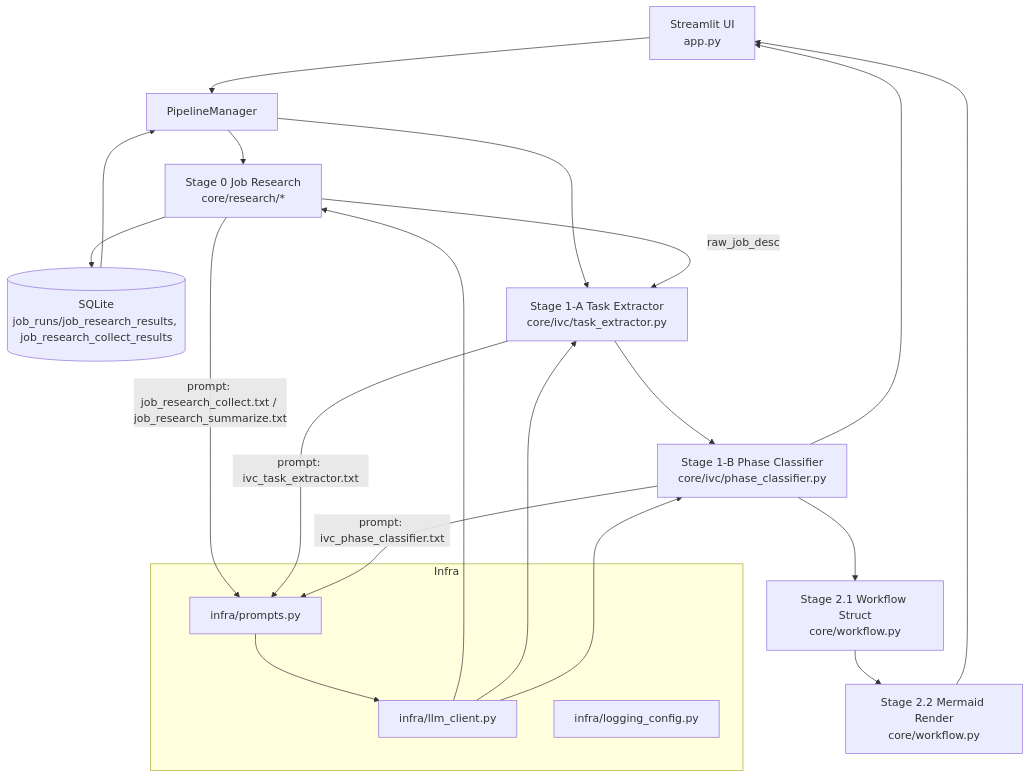
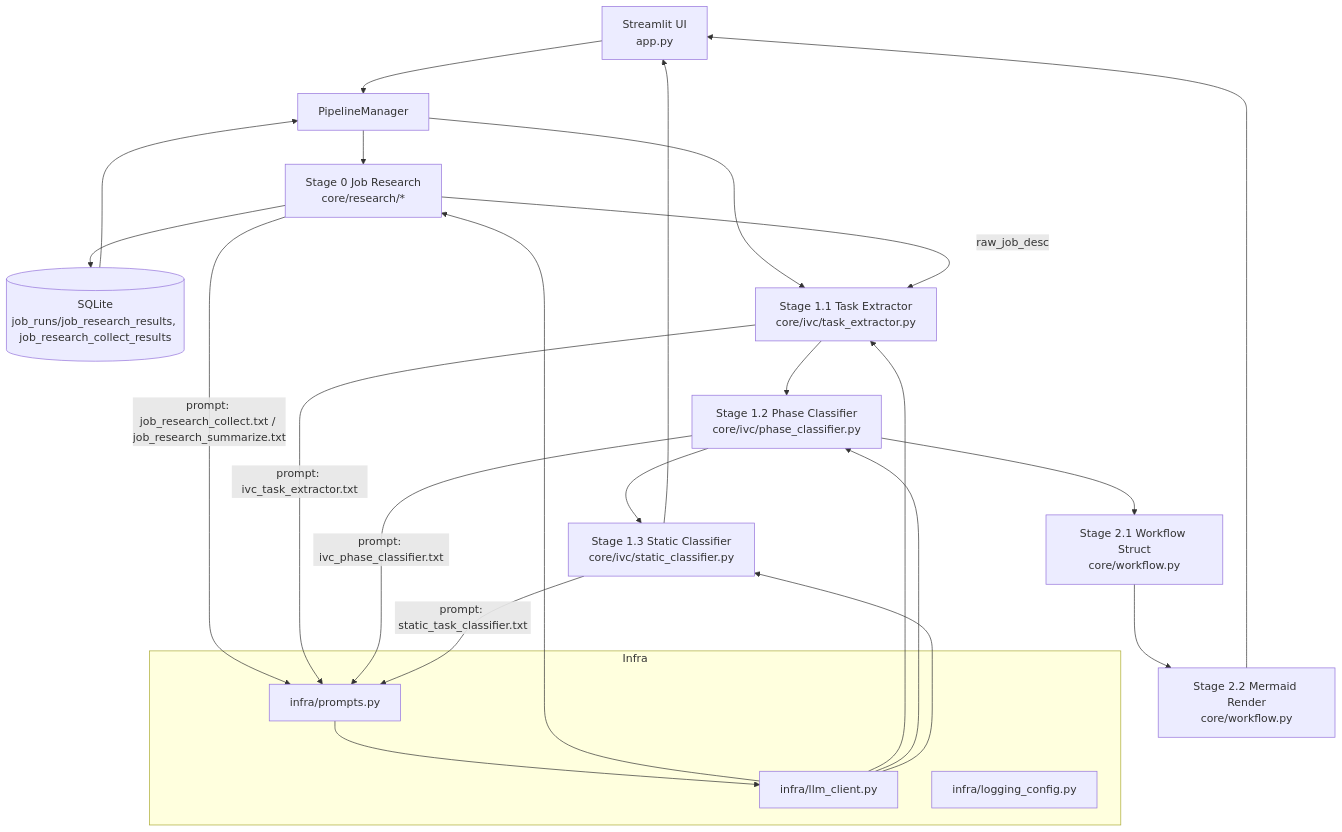
The diagram in docs/logic_flow.md (sabinanfranz/ax_poc_for_all), drawn with Mermaid before and after one commit. The commit also changed other lines of this file and 52 other files, not shown here.

````diff
--- a/docs/logic_flow.md
+++ b/docs/logic_flow.md
@@ -9,26 +10,29 @@
 ```mermaid
 graph TD
     UI[Streamlit UI<br/>app.py] --> PM[PipelineManager]
     PM --> S0[Stage 0 Job Research<br/>core/research/*]
     S0 --> DB[(SQLite<br/>job_runs/job_research_results, job_research_collect_results)]
-    PM --> S1[Stage 1-A Task Extractor<br/>core/ivc/task_extractor.py]
-    S1 --> S1B[Stage 1-B Phase Classifier<br/>core/ivc/phase_classifier.py]
+    PM --> S1[Stage 1.1 Task Extractor<br/>core/ivc/task_extractor.py]
+    S1 --> S1B[Stage 1.2 Phase Classifier<br/>core/ivc/phase_classifier.py]
+    S1B --> S1C[Stage 1.3 Static Classifier<br/>core/ivc/static_classifier.py]
     DB --> PM
     S0 -->|raw_job_desc| S1
-    S1B --> UI
+    S1C --> UI
     S1B --> S2W[Stage 2.1 Workflow Struct<br/>core/workflow.py]
     S2W --> S2M[Stage 2.2 Mermaid Render<br/>core/workflow.py]
     S2M --> UI
     subgraph Infra
       LLM[infra/llm_client.py]
       PR[infra/prompts.py]
       LG[infra/logging_config.py]
     end
     S0 -->|prompt: job_research_collect.txt / job_research_summarize.txt| PR
     S1 -->|prompt: ivc_task_extractor.txt| PR
     S1B -->|prompt: ivc_phase_classifier.txt| PR
+    S1C -->|prompt: static_task_classifier.txt| PR
     PR --> LLM
     LLM --> S0
     LLM --> S1
     LLM --> S1B
+    LLM --> S1C
 ```
````
